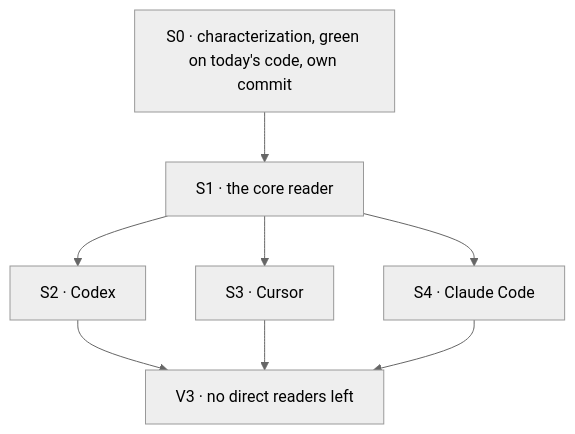
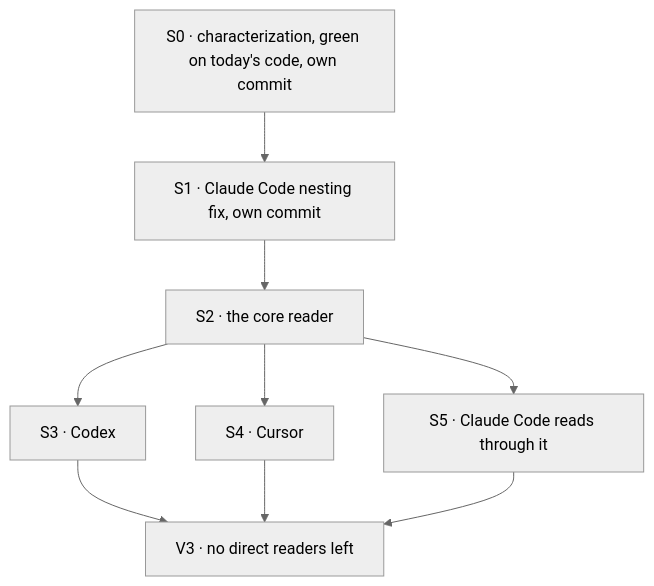
Before and after one commit to fixpoint-labs/flow-state-dev: the diagram in specs/issues/FIX-1701/PLAN.md, drawn with Mermaid (neutral theme). The commit also changed other lines of this file and 6 other files, not shown here.

First line of the commit message:
spec(FIX-1701): adopt D1 option A, Claude Code nests under its container

````diff
--- a/specs/issues/FIX-1701/PLAN.md
+++ b/specs/issues/FIX-1701/PLAN.md
@@ -25,10 +29,11 @@
 ```mermaid
 flowchart TD
-  S0["S0 · characterization, green on today's code, own commit"] --> S1["S1 · the core reader"]
-  S1 --> S2["S2 · Codex"]
-  S1 --> S3["S3 · Cursor"]
-  S1 --> S4["S4 · Claude Code"]
-  S2 --> V3["V3 · no direct readers left"]
-  S3 --> V3
+  S0["S0 · characterization, green on today's code, own commit"] --> S1["S1 · Claude Code nesting fix, own commit"]
+  S1 --> S2["S2 · the core reader"]
+  S2 --> S3["S3 · Codex"]
+  S2 --> S4["S4 · Cursor"]
+  S2 --> S5["S5 · Claude Code reads through it"]
+  S3 --> V3["V3 · no direct readers left"]
   S4 --> V3
+  S5 --> V3
 ```
````
